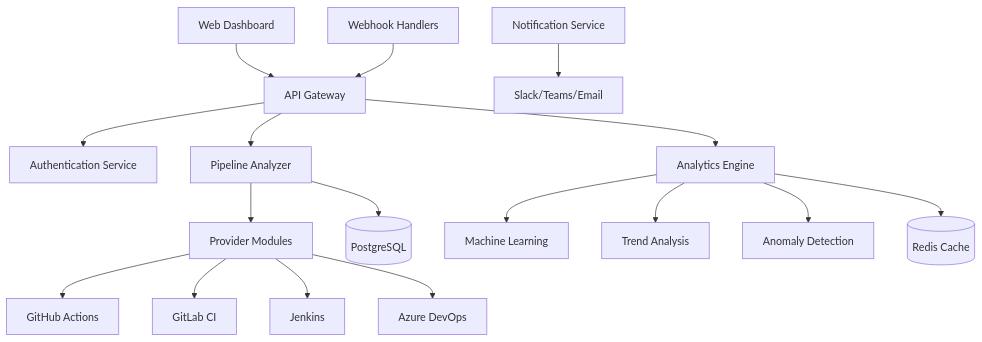
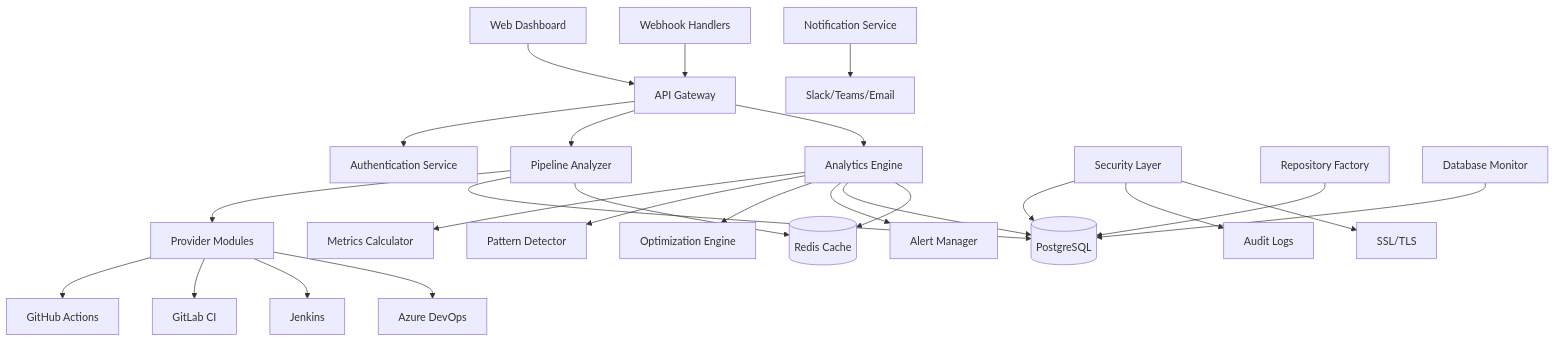
Before and after one commit to sirhCC/CICD-Pipeline-Analyzer: the diagram in README.md, drawn with Mermaid. The commit also changed other lines of this file, not shown here.

````diff
--- a/README.md
+++ b/README.md
@@ -148,23 +164,33 @@
 ```mermaid
 graph TB
     A[Web Dashboard] --> B[API Gateway]
     B --> C[Authentication Service]
     B --> D[Pipeline Analyzer]
     B --> E[Analytics Engine]
     
     D --> F[Provider Modules]
     F --> G[GitHub Actions]
     F --> H[GitLab CI]
     F --> I[Jenkins]
     F --> J[Azure DevOps]
     
-    E --> K[Machine Learning]
-    E --> L[Trend Analysis]
-    E --> M[Anomaly Detection]
+    E --> K[Metrics Calculator]
+    E --> L[Pattern Detector]
+    E --> M[Optimization Engine]
+    E --> AA[Alert Manager]
     
     D --> N[(PostgreSQL)]
-    E --> O[(Redis Cache)]
+    E --> N
+    D --> O[(Redis Cache)]
+    E --> O
     
     P[Webhook Handlers] --> B
     Q[Notification Service] --> R[Slack/Teams/Email]
+    
+    S[Security Layer] --> N
+    S --> T[Audit Logs]
+    S --> U[SSL/TLS]
+    
+    V[Repository Factory] --> N
+    W[Database Monitor] --> N
 ```
````
